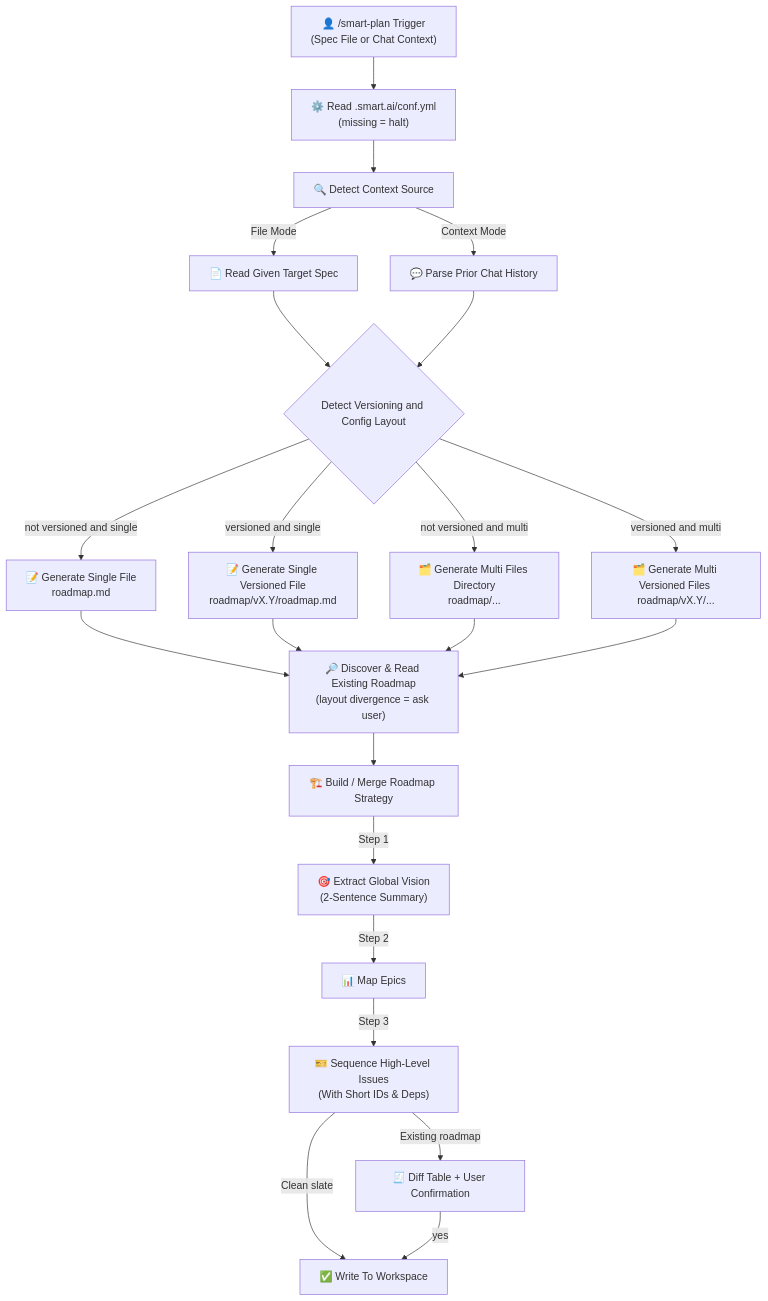
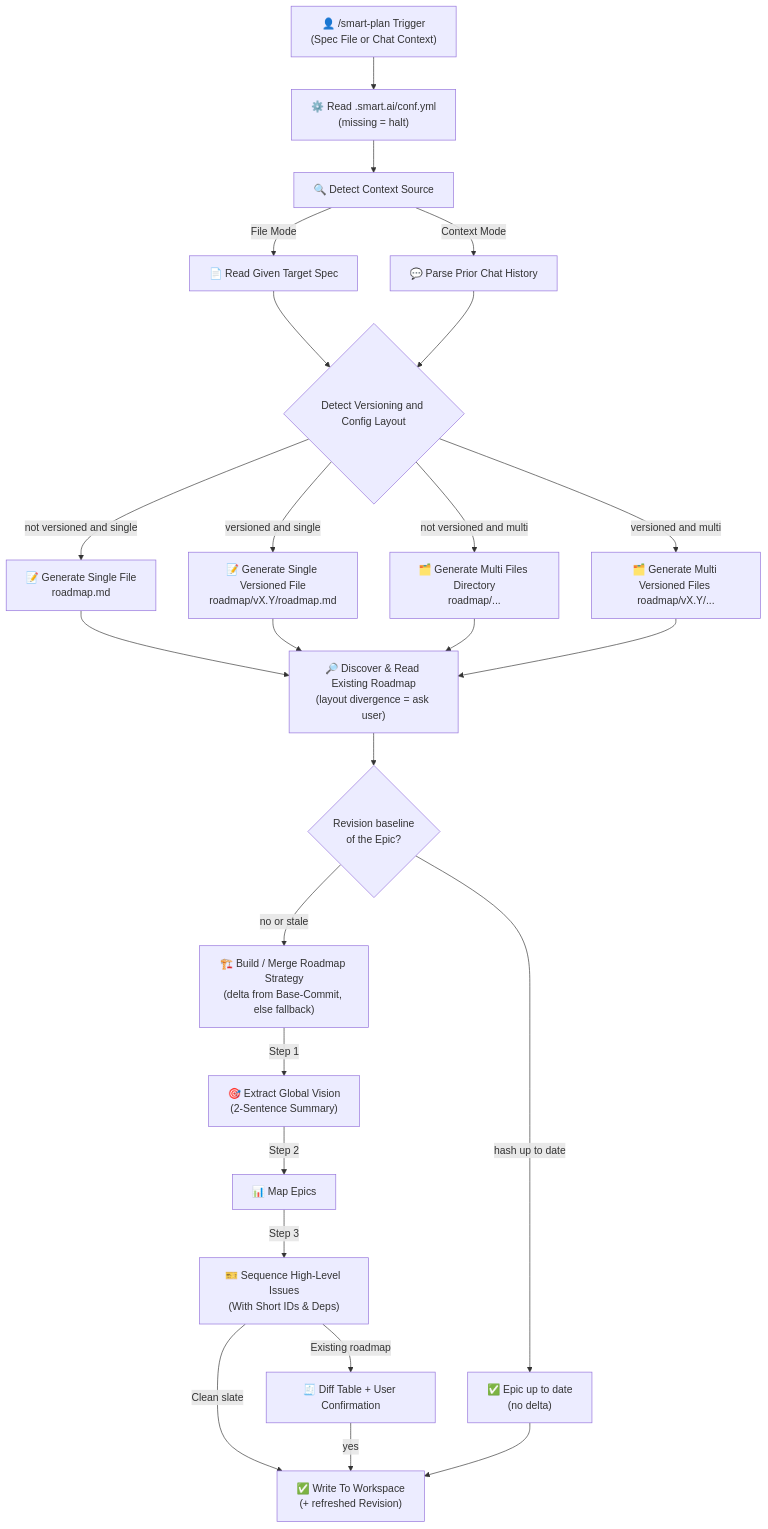
Before and after one commit to fletort/smart-ai-factory: the first of 3 diagrams in docs/specs/smart-plan.md, drawn with Mermaid. The commit also changed other lines of this file and 2 other files, not shown here.

Commit message:
doc: add revision in roadmap

````diff
--- a/docs/specs/smart-plan.md
+++ b/docs/specs/smart-plan.md
@@ -35,31 +39,35 @@
   ```mermaid
   graph TD
       Input["👤 /smart-plan Trigger<br/>(Spec File or Chat Context)"] --> Config["⚙️ Read .smart.ai/conf.yml<br/>(missing = halt)"]
       Config --> Source["🔍 Detect Context Source"]
 
       Source -->|File Mode| ReadFile["📄 Read Given Target Spec"]
       Source -->|Context Mode| ReadChat["💬 Parse Prior Chat History"]
 
       ReadFile --> Strategy{"Detect Versioning and Config Layout"}
       ReadChat --> Strategy
 
       Strategy -->|not versioned and single| Single["📝 Generate Single File<br/>roadmap.md"]
       Strategy -->|versioned and single| SingleVer["📝 Generate Single Versioned File<br/>roadmap/vX.Y/roadmap.md"]
       Strategy -->|not versioned and multi| Multi["🗂️ Generate Multi Files Directory<br/>roadmap/..."]
       Strategy -->|versioned and multi| MultiVer["🗂️ Generate Multi Versioned Files <br/>roadmap/vX.Y/..."]
 
       Single --> Discover["🔎 Discover & Read Existing Roadmap<br/>(layout divergence = ask user)"]
       SingleVer --> Discover
       Multi --> Discover
       MultiVer --> Discover
 
-      Discover --> Process["🏗️ Build / Merge Roadmap Strategy"]
+      Discover --> Rev{"Revision baseline<br/>of the Epic?"}
+
+      Rev -->|no or stale| Process["🏗️ Build / Merge Roadmap Strategy<br/>(delta from Base-Commit, else fallback)"]
+      Rev -->|"hash up to date"| UTD["✅ Epic up to date<br/>(no delta)"]
 
       Process -->|Step 1| Vision["🎯 Extract Global Vision<br/>(2-Sentence Summary)"]
       Vision -->|Step 2| Epics["📊 Map Epics"]
       Epics -->|Step 3| Issues["🎫 Sequence High-Level Issues<br/>(With Short IDs & Deps)"]
 
-      Issues -->|Clean slate| Output["✅ Write To Workspace"]
+      Issues -->|Clean slate| Output["✅ Write To Workspace<br/>(+ refreshed Revision)"]
       Issues -->|Existing roadmap| Confirm["🧾 Diff Table + User Confirmation"]
       Confirm -->|yes| Output
+      UTD --> Output
   ```
````
